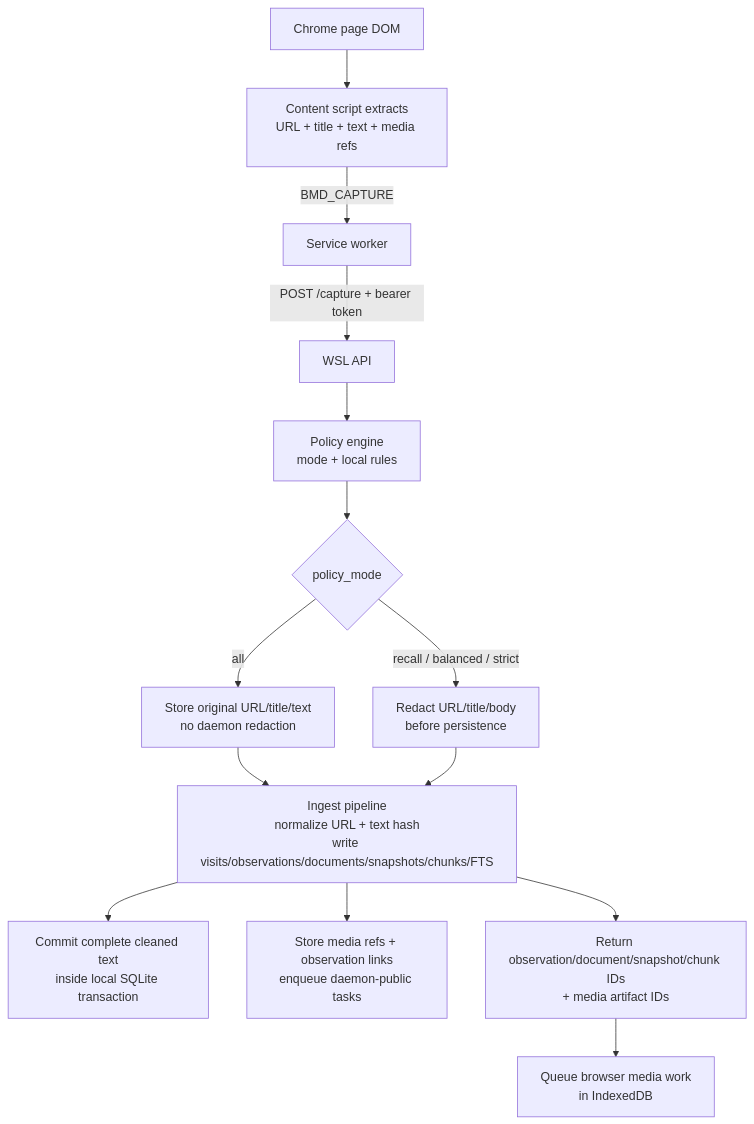
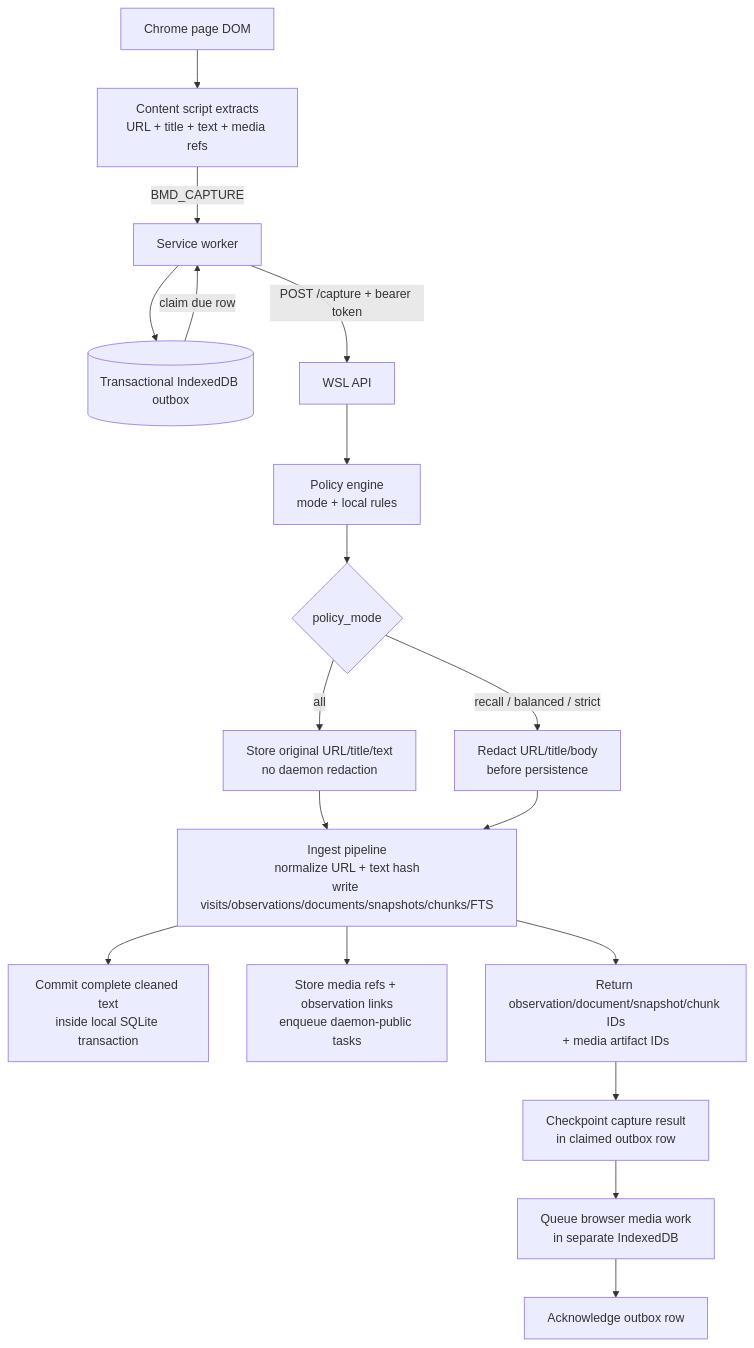
The third of 8 diagrams in docs/DIAGRAMS.md (michaelnicks0/browser-memory-daemon), drawn with Mermaid before and after one commit. The commit also changed other lines of this file and 194 other files, not shown here.

Commit message:
feat(extension): add transactional capture and lifecycle outbox

````diff
--- a/docs/DIAGRAMS.md
+++ b/docs/DIAGRAMS.md
@@ -64,16 +66,20 @@
 ```mermaid
 flowchart TD
   Page["Chrome page DOM"] --> Extract["Content script extracts<br/>URL + title + text + media refs"]
   Extract -->|"BMD_CAPTURE"| SW["Service worker"]
+  SW --> Outbox[("Transactional IndexedDB outbox")]
+  Outbox -->|"claim due row"| SW
   SW -->|"POST /capture + bearer token"| API["WSL API"]
   API --> Policy["Policy engine<br/>mode + local rules"]
   Policy --> Decision{"policy_mode"}
   Decision -->|"all"| All["Store original URL/title/text<br/>no daemon redaction"]
   Decision -->|"recall / balanced / strict"| Redact["Redact URL/title/body<br/>before persistence"]
   All --> Store["Ingest pipeline<br/>normalize URL + text hash<br/>write visits/observations/documents/snapshots/chunks/FTS"]
   Redact --> Store
   Store --> SQLiteText["Commit complete cleaned text<br/>inside local SQLite transaction"]
   Store --> MediaRefs["Store media refs + observation links<br/>enqueue daemon-public tasks"]
   Store --> Response["Return observation/document/snapshot/chunk IDs<br/>+ media artifact IDs"]
-  Response --> Queue["Queue browser media work<br/>in IndexedDB"]
+  Response --> Checkpoint["Checkpoint capture result<br/>in claimed outbox row"]
+  Checkpoint --> Queue["Queue browser media work<br/>in separate IndexedDB"]
+  Queue --> Ack["Acknowledge outbox row"]
 ```
````
